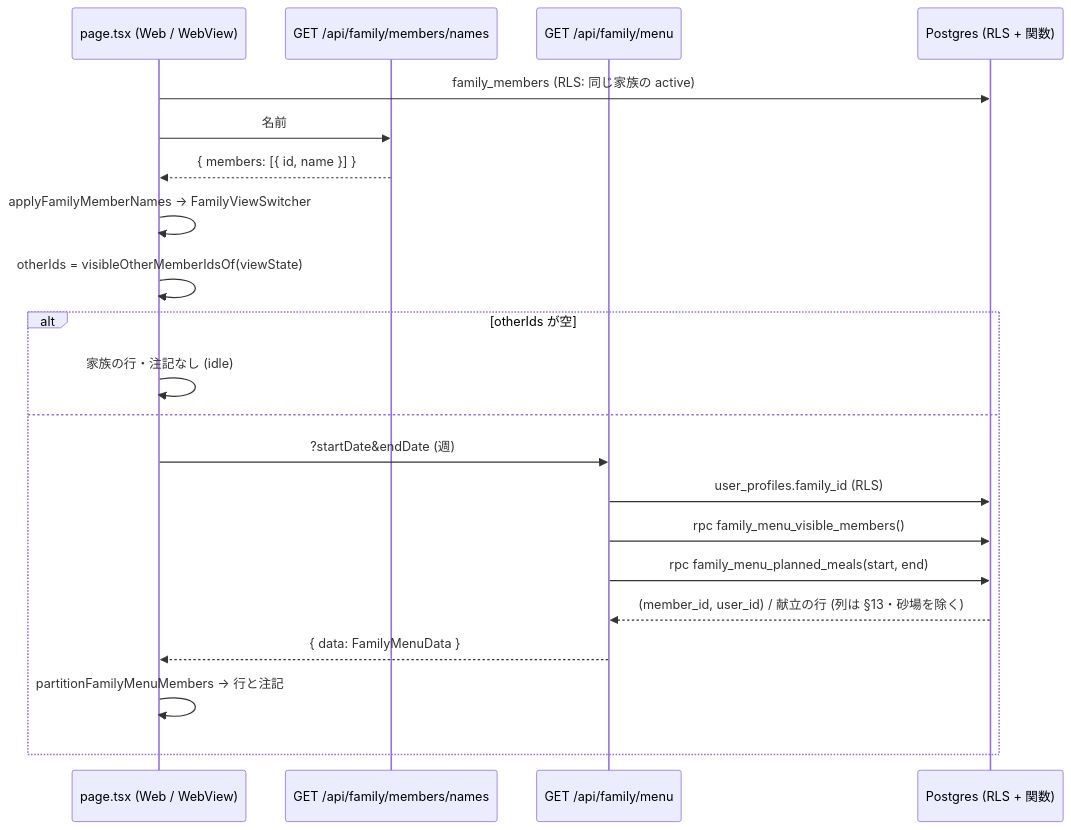
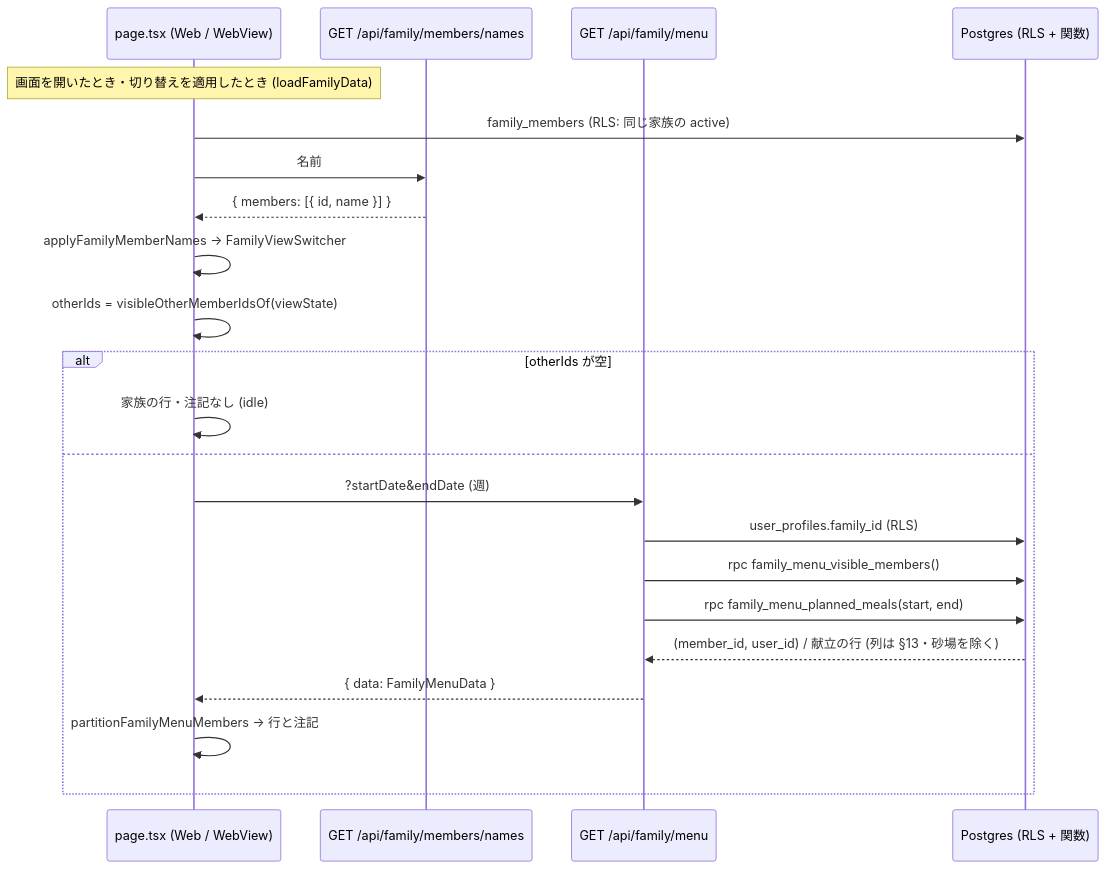
One commit to DaisukeHori/homegohan-app changed the diagram in docs/design/family/10-family-menu-view.md. Above: the diagram before and after it, drawn with Mermaid. The commit also changed other lines of this file, not shown here.

````diff
--- a/docs/design/family/10-family-menu-view.md
+++ b/docs/design/family/10-family-menu-view.md
@@ -956,23 +984,24 @@
 ```mermaid
 sequenceDiagram
   participant P as page.tsx (Web / WebView)
   participant N as GET /api/family/members/names
   participant M as GET /api/family/menu
   participant DB as Postgres (RLS + 関数)
+  Note over P: 画面を開いたとき・切り替えを適用したとき (loadFamilyData)
   P->>DB: family_members (RLS: 同じ家族の active)
   P->>N: 名前
   N-->>P: { members: [{ id, name }] }
   P->>P: applyFamilyMemberNames → FamilyViewSwitcher
   P->>P: otherIds = visibleOtherMemberIdsOf(viewState)
   alt otherIds が空
     P->>P: 家族の行・注記なし (idle)
   else
     P->>M: ?startDate&endDate (週)
     M->>DB: user_profiles.family_id (RLS)
     M->>DB: rpc family_menu_visible_members()
     M->>DB: rpc family_menu_planned_meals(start, end)
     DB-->>M: (member_id, user_id) / 献立の行 (列は §13・砂場を除く)
     M-->>P: { data: FamilyMenuData }
     P->>P: partitionFamilyMenuMembers → 行と注記
   end
 ```
````
